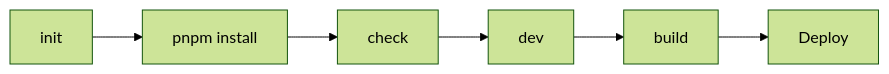
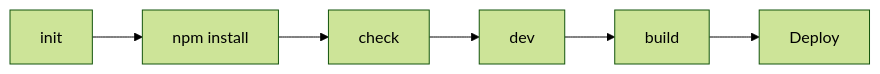
Before and after one commit to Rerurate514/riebeckite: the fifth of 6 diagrams in docs/ja/reference/cli.md, drawn with Mermaid (forest theme). The commit also changed other lines of this file and 17 other files, not shown here.

````diff
--- a/docs/ja/reference/cli.md
+++ b/docs/ja/reference/cli.md
@@ -435,15 +435,15 @@
 ```mermaid id="gr7mks"
 flowchart LR
     Init["init"]
-    Install["pnpm install"]
+    Install["npm install"]
     Check["check"]
     Dev["dev"]
     Build["build"]
     Deploy["Deploy"]
 
     Init --> Install
     Install --> Check
     Check --> Dev
     Dev --> Build
     Build --> Deploy
 ```
````
